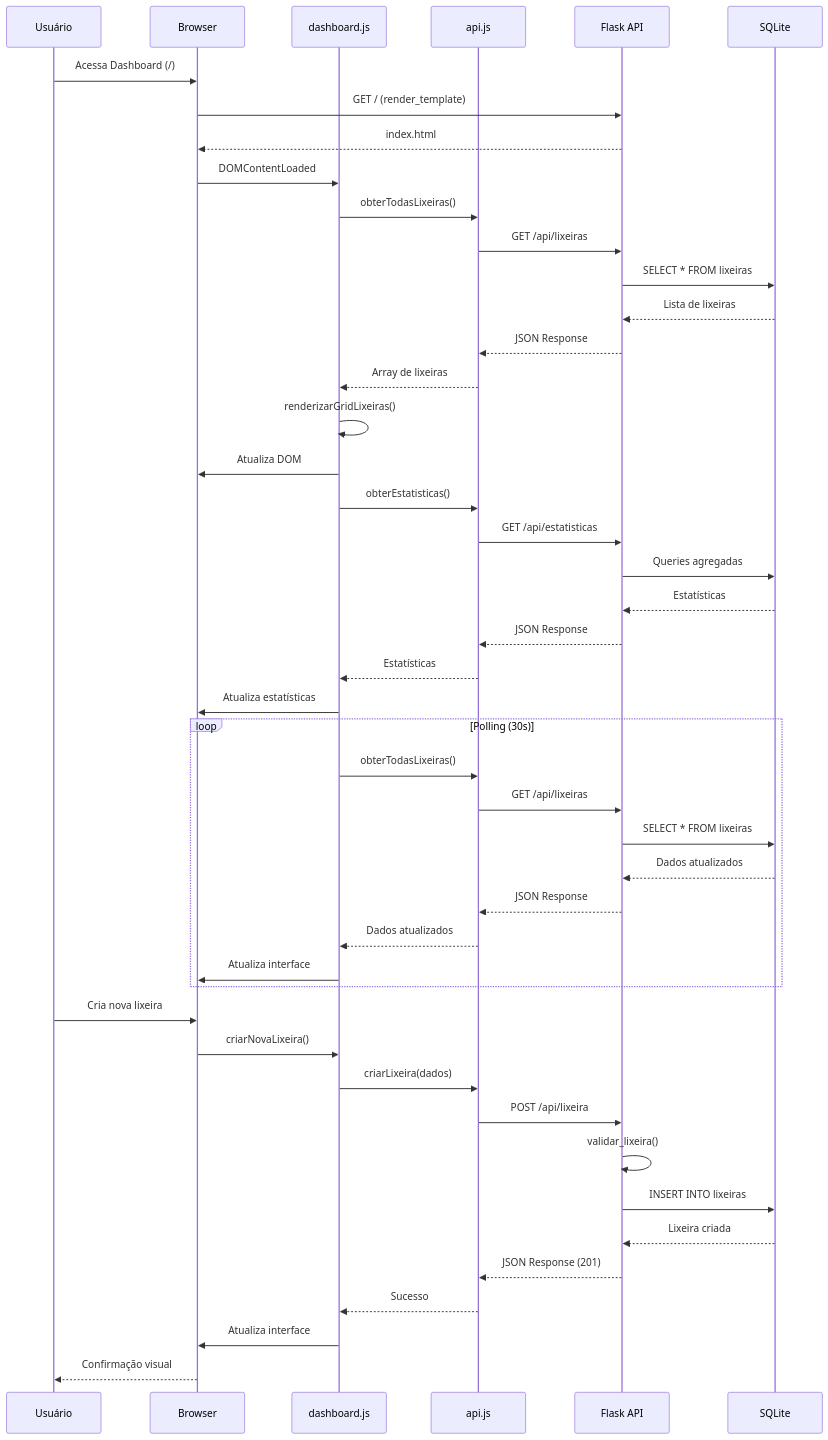
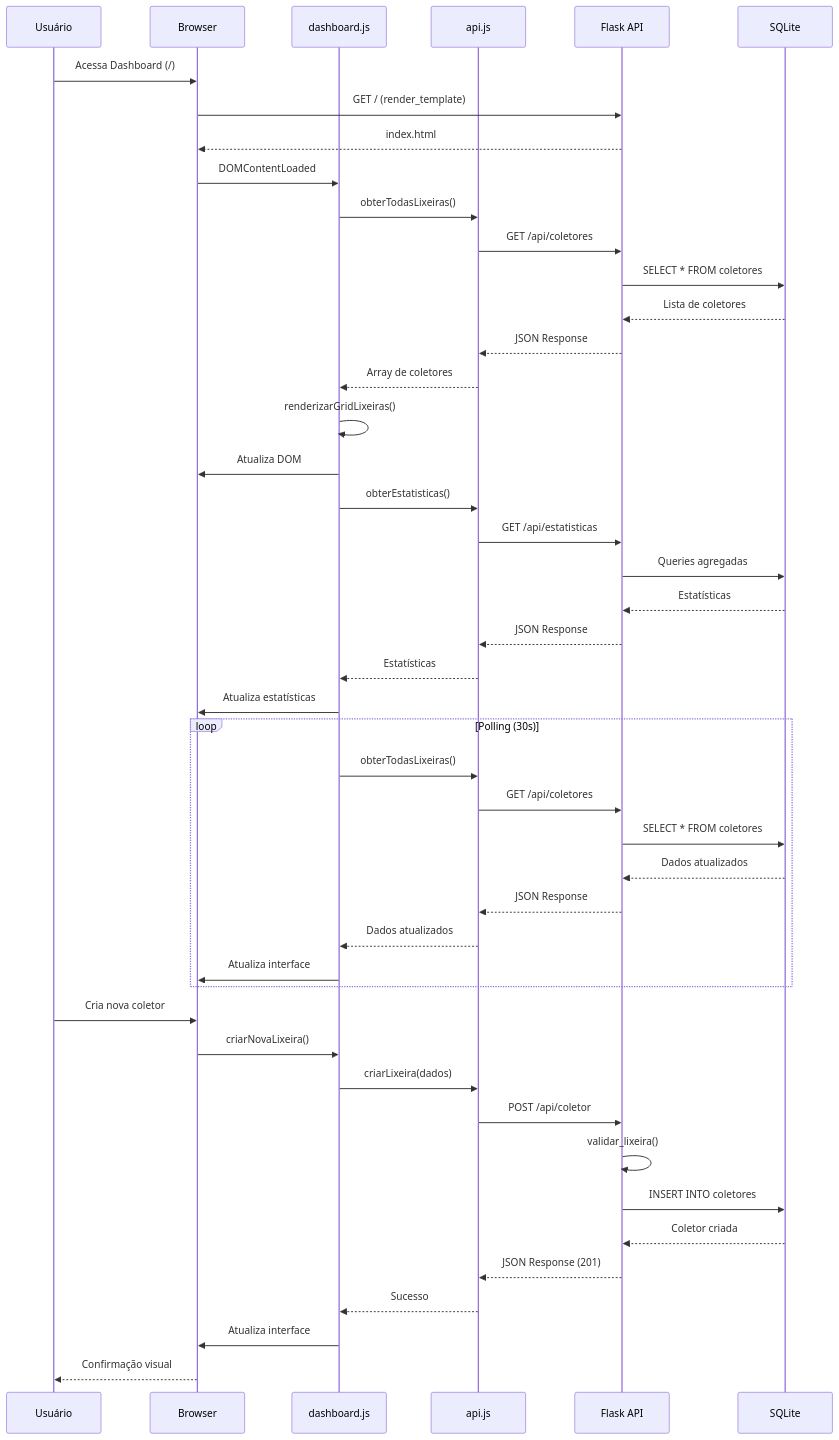
The second of 7 diagrams in ARQUITETURA.md (natanheringer/Dashboard-TRONIK), drawn with Mermaid before and after one commit. The commit also changed other lines of this file and 29 other files, not shown here.

````diff
--- a/ARQUITETURA.md
+++ b/ARQUITETURA.md
@@ -152,52 +152,52 @@
 ```mermaid
 sequenceDiagram
     participant U as Usuário
     participant B as Browser
     participant JS as dashboard.js
     participant API as api.js
     participant F as Flask API
     participant DB as SQLite
     
     U->>B: Acessa Dashboard (/)
     B->>F: GET / (render_template)
     F-->>B: index.html
     B->>JS: DOMContentLoaded
     JS->>API: obterTodasLixeiras()
-    API->>F: GET /api/lixeiras
-    F->>DB: SELECT * FROM lixeiras
-    DB-->>F: Lista de lixeiras
+    API->>F: GET /api/coletores
+    F->>DB: SELECT * FROM coletores
+    DB-->>F: Lista de coletores
     F-->>API: JSON Response
-    API-->>JS: Array de lixeiras
+    API-->>JS: Array de coletores
     JS->>JS: renderizarGridLixeiras()
     JS->>B: Atualiza DOM
     
     JS->>API: obterEstatisticas()
     API->>F: GET /api/estatisticas
     F->>DB: Queries agregadas
     DB-->>F: Estatísticas
     F-->>API: JSON Response
     API-->>JS: Estatísticas
     JS->>B: Atualiza estatísticas
     
     loop Polling (30s)
         JS->>API: obterTodasLixeiras()
-        API->>F: GET /api/lixeiras
-        F->>DB: SELECT * FROM lixeiras
+        API->>F: GET /api/coletores
+        F->>DB: SELECT * FROM coletores
         DB-->>F: Dados atualizados
         F-->>API: JSON Response
         API-->>JS: Dados atualizados
         JS->>B: Atualiza interface
     end
     
-    U->>B: Cria nova lixeira
+    U->>B: Cria nova coletor
     B->>JS: criarNovaLixeira()
     JS->>API: criarLixeira(dados)
-    API->>F: POST /api/lixeira
+    API->>F: POST /api/coletor
     F->>F: validar_lixeira()
-    F->>DB: INSERT INTO lixeiras
-    DB-->>F: Lixeira criada
+    F->>DB: INSERT INTO coletores
+    DB-->>F: Coletor criada
     F-->>API: JSON Response (201)
     API-->>JS: Sucesso
     JS->>B: Atualiza interface
     B-->>U: Confirmação visual
 ```
````
